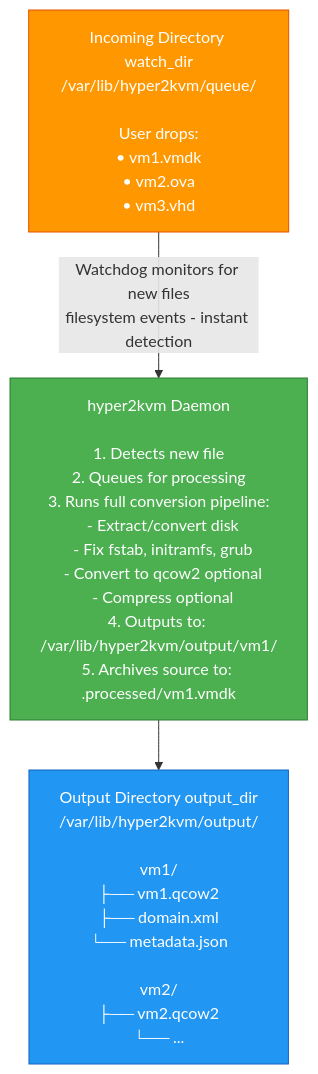
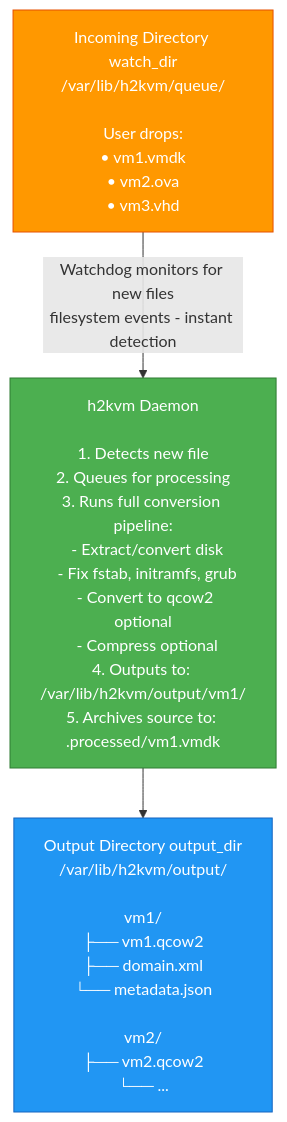
One commit to zyvorai/h2kvm changed the diagram in docs/features/daemon-mode.md. Above: the diagram before and after it, drawn with Mermaid. The commit also changed other lines of this file and 2146 other files, not shown here.

First line of the commit message:
Rename project hyper2kvm -> h2kvm

````diff
--- a/docs/features/daemon-mode.md
+++ b/docs/features/daemon-mode.md
@@ -16,13 +16,13 @@
 ```mermaid
 graph TB
-    IncomingDir[Incoming Directory watch_dir<br/>/var/lib/hyper2kvm/queue/<br/><br/>User drops:<br/>• vm1.vmdk<br/>• vm2.ova<br/>• vm3.vhd]
-    Daemon[hyper2kvm Daemon<br/><br/>1. Detects new file<br/>2. Queues for processing<br/>3. Runs full conversion pipeline:<br/>  - Extract/convert disk<br/>  - Fix fstab, initramfs, grub<br/>  - Convert to qcow2 optional<br/>  - Compress optional<br/>4. Outputs to: /var/lib/hyper2kvm/output/vm1/<br/>5. Archives source to: .processed/vm1.vmdk]
-    OutputDir[Output Directory output_dir<br/>/var/lib/hyper2kvm/output/<br/><br/>vm1/<br/>├── vm1.qcow2<br/>├── domain.xml<br/>└── metadata.json<br/><br/>vm2/<br/>├── vm2.qcow2<br/>└── ...]
+    IncomingDir[Incoming Directory watch_dir<br/>/var/lib/h2kvm/queue/<br/><br/>User drops:<br/>• vm1.vmdk<br/>• vm2.ova<br/>• vm3.vhd]
+    Daemon[h2kvm Daemon<br/><br/>1. Detects new file<br/>2. Queues for processing<br/>3. Runs full conversion pipeline:<br/>  - Extract/convert disk<br/>  - Fix fstab, initramfs, grub<br/>  - Convert to qcow2 optional<br/>  - Compress optional<br/>4. Outputs to: /var/lib/h2kvm/output/vm1/<br/>5. Archives source to: .processed/vm1.vmdk]
+    OutputDir[Output Directory output_dir<br/>/var/lib/h2kvm/output/<br/><br/>vm1/<br/>├── vm1.qcow2<br/>├── domain.xml<br/>└── metadata.json<br/><br/>vm2/<br/>├── vm2.qcow2<br/>└── ...]
 
     IncomingDir -->|Watchdog monitors for new files<br/>filesystem events - instant detection| Daemon
     Daemon --> OutputDir
 
     style IncomingDir fill:#FF9800,stroke:#E65100,color:#fff
     style Daemon fill:#4CAF50,stroke:#2E7D32,color:#fff
     style OutputDir fill:#2196F3,stroke:#1565C0,color:#fff
 ```
````
